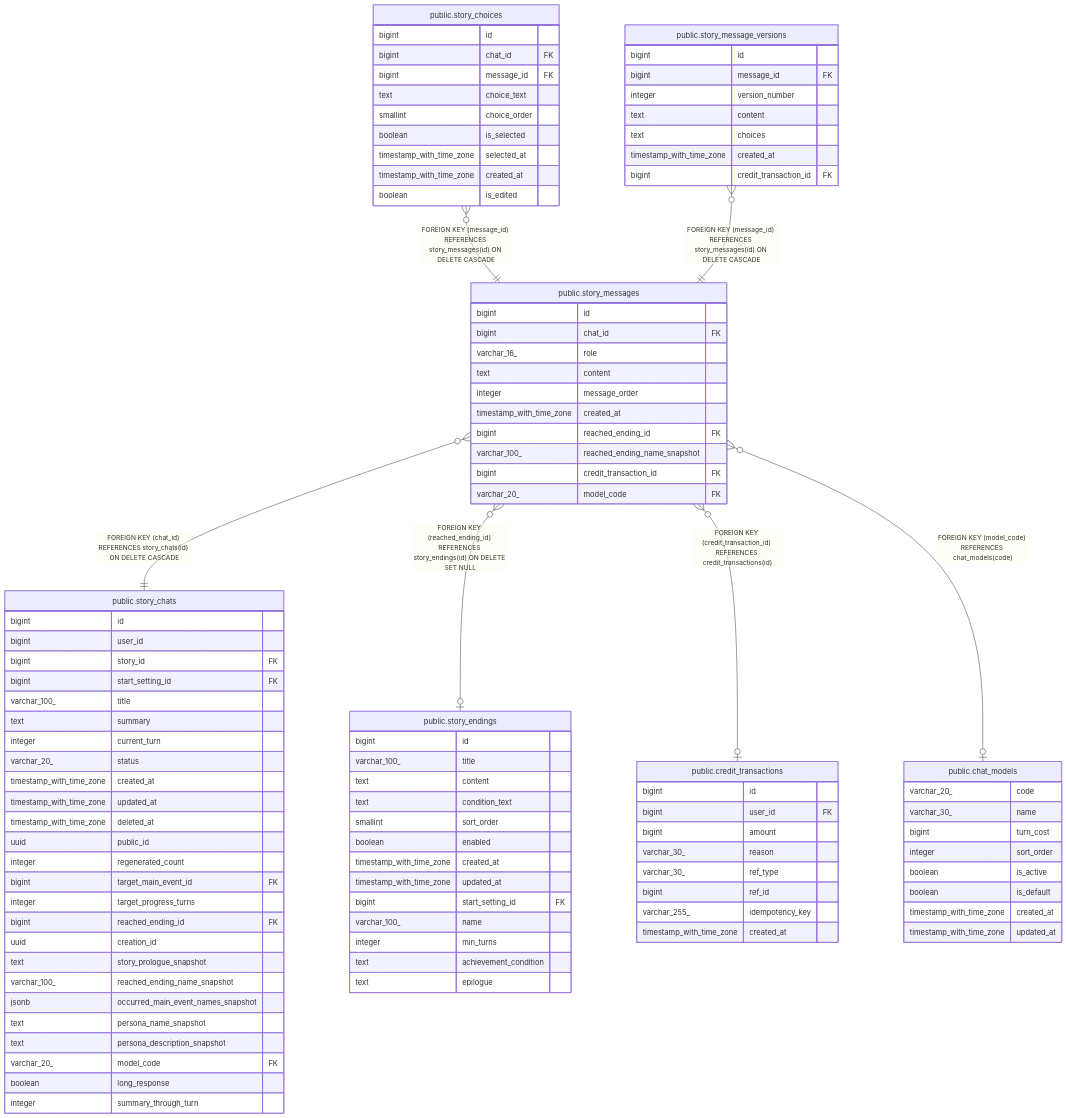
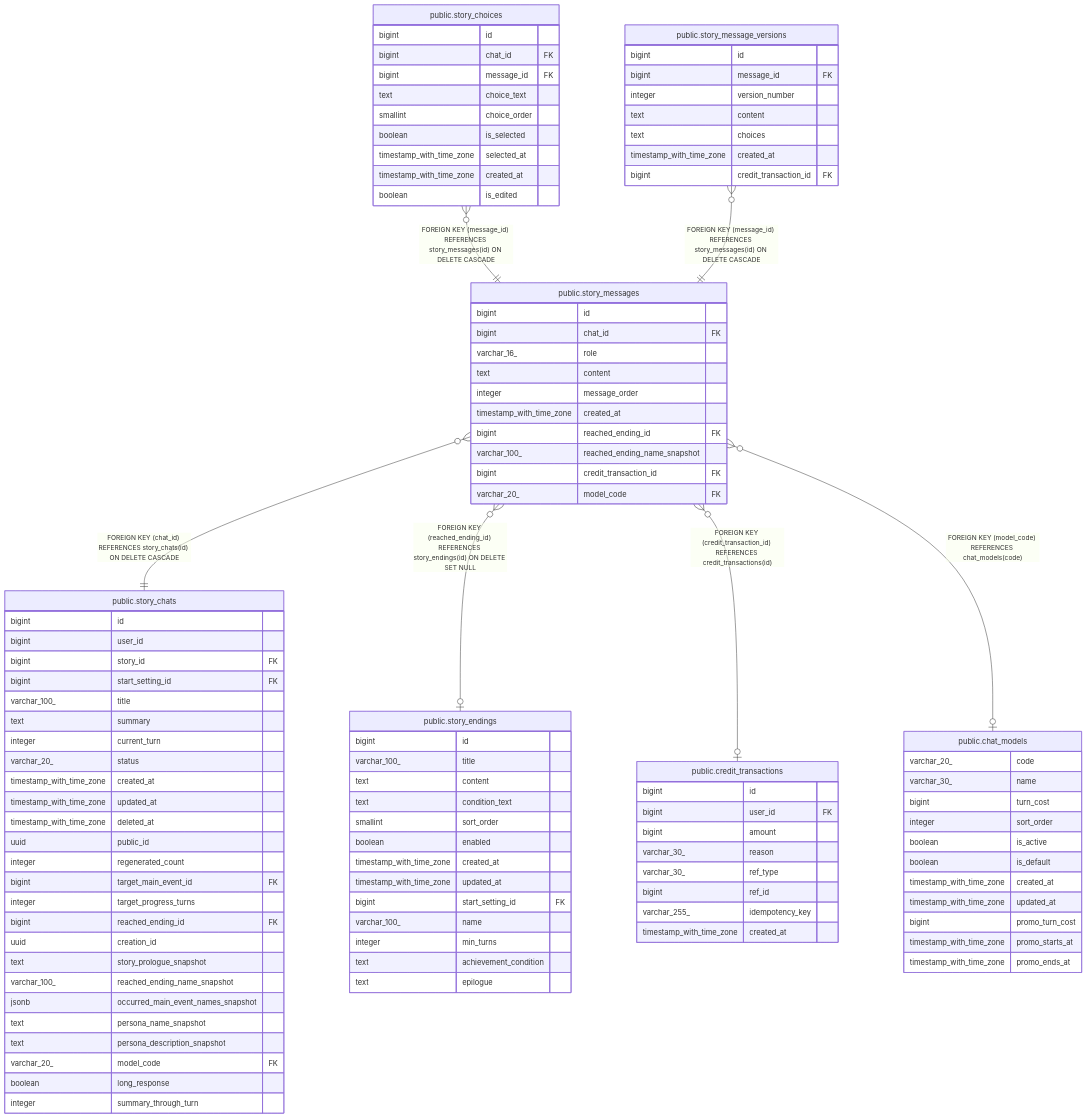
The diagram in dbdoc/public.story_messages.md (KIM-N-KANG/manyak-server), drawn with Mermaid before and after one commit. The commit also changed 21 other files, not shown here.

````diff
--- a/dbdoc/public.story_messages.md
+++ b/dbdoc/public.story_messages.md
@@ -143,5 +143,8 @@
   boolean is_default
   timestamp_with_time_zone created_at
   timestamp_with_time_zone updated_at
+  bigint promo_turn_cost
+  timestamp_with_time_zone promo_starts_at
+  timestamp_with_time_zone promo_ends_at
 }
 ```
````
